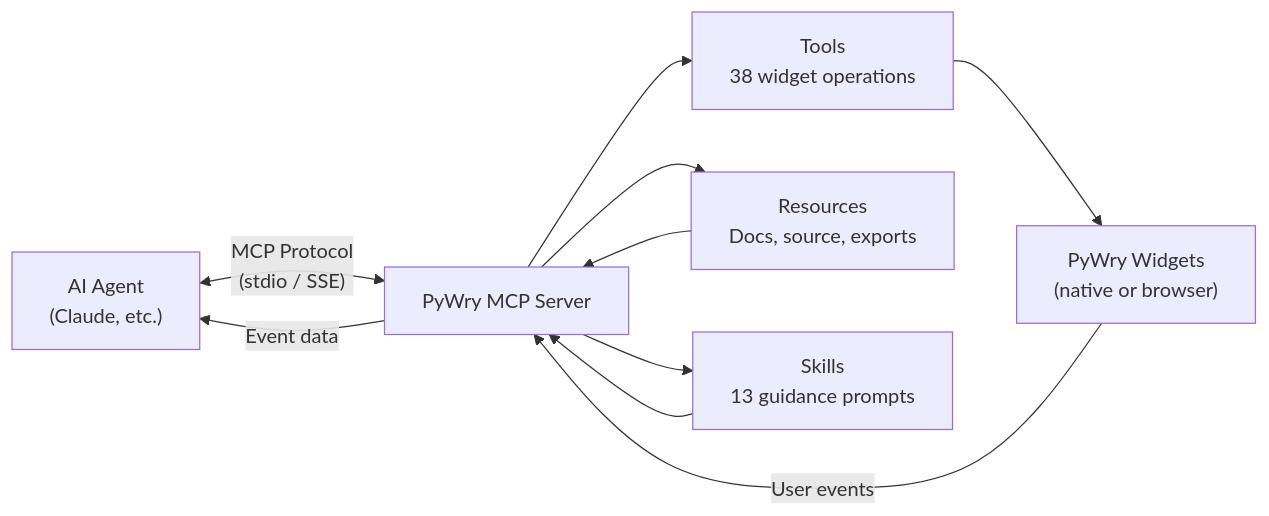
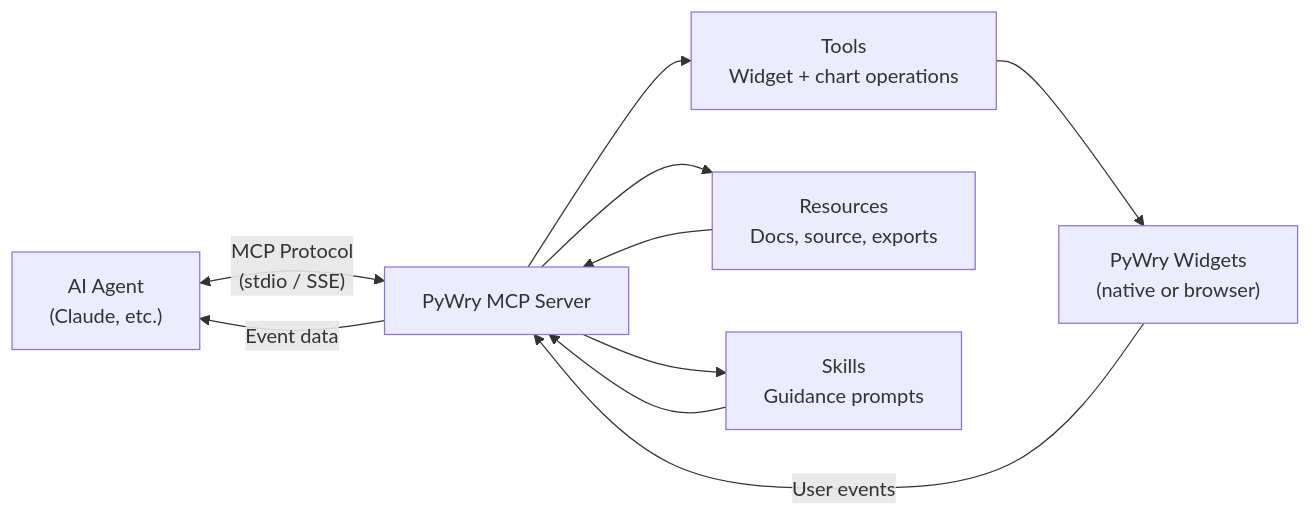
The diagram in pywry/docs/docs/mcp/index.md (deeleeramone/PyWry), drawn with Mermaid before and after one commit. The commit also changed other lines of this file and 6 other files, not shown here.

````diff
--- a/pywry/docs/docs/mcp/index.md
+++ b/pywry/docs/docs/mcp/index.md
@@ -74,12 +74,12 @@
 ```mermaid
 flowchart LR
     A["AI Agent<br>(Claude, etc.)"] <-->|"MCP Protocol<br>(stdio / SSE)"| B["PyWry MCP Server"]
-    B --> C["Tools<br>38 widget operations"]
+    B --> C["Tools<br>Widget + chart operations"]
     B --> D["Resources<br>Docs, source, exports"]
-    B --> E["Skills<br>13 guidance prompts"]
+    B --> E["Skills<br>Guidance prompts"]
     C --> F["PyWry Widgets<br>(native or browser)"]
     D --> B
     E --> B
     F -->|"User events"| B
     B -->|"Event data"| A
 ```
````
